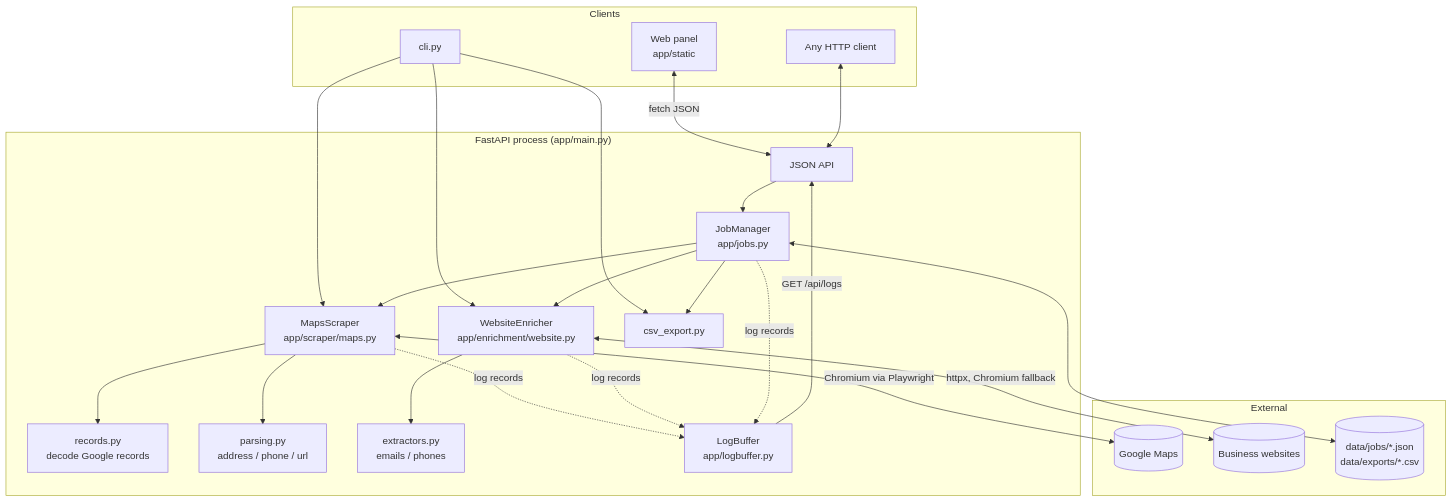
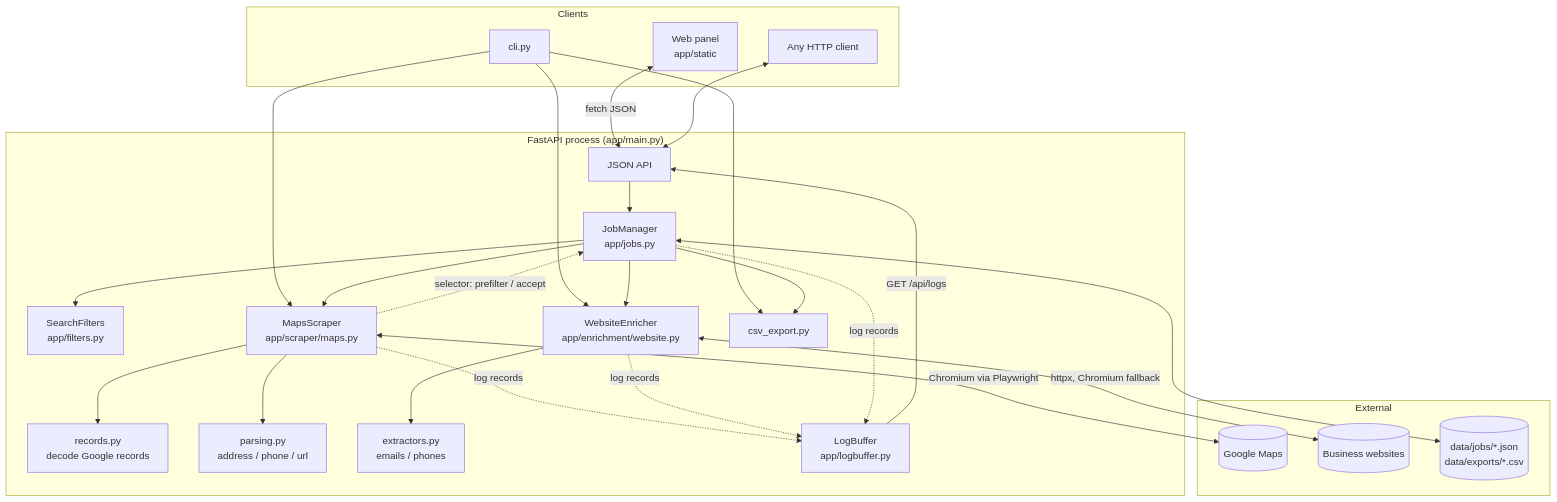
Before and after one commit to wandringspirit/leadspilot-engine: the first of 6 diagrams in docs/ARCHITECTURE.md, drawn with Mermaid. The commit also changed other lines of this file and 31 other files, not shown here.

First line of the commit message:
Search by business + place with website / contact filters (v1.2.0)

````diff
--- a/docs/ARCHITECTURE.md
+++ b/docs/ARCHITECTURE.md
@@ -9,46 +9,49 @@
 ```mermaid
 flowchart TB
     subgraph Clients
         P[Web panel<br/>app/static]
         CLI[cli.py]
         X[Any HTTP client]
     end
 
     subgraph Server["FastAPI process (app/main.py)"]
         API[JSON API]
         JM[JobManager<br/>app/jobs.py]
+        FLT[SearchFilters<br/>app/filters.py]
         MS[MapsScraper<br/>app/scraper/maps.py]
         REC[records.py<br/>decode Google records]
         PARSE[parsing.py<br/>address / phone / url]
         WE[WebsiteEnricher<br/>app/enrichment/website.py]
         EXT[extractors.py<br/>emails / phones]
         CSV[csv_export.py]
         LB[LogBuffer<br/>app/logbuffer.py]
     end
 
     subgraph External
         GM[(Google Maps)]
         WS[(Business websites)]
         FS[(data/jobs/*.json<br/>data/exports/*.csv)]
     end
 
     P <-->|fetch JSON| API
     X <--> API
     CLI --> MS
     CLI --> WE
     CLI --> CSV
     API --> JM
+    JM --> FLT
     JM --> MS
+    MS -.->|selector: prefilter / accept| JM
     JM --> WE
     JM --> CSV
     JM <--> FS
     MS --> REC
     MS --> PARSE
     MS <-->|Chromium via Playwright| GM
     WE --> EXT
     WE <-->|httpx, Chromium fallback| WS
     MS -.->|log records| LB
     WE -.->|log records| LB
     JM -.->|log records| LB
     LB -->|GET /api/logs| API
 ```
````
